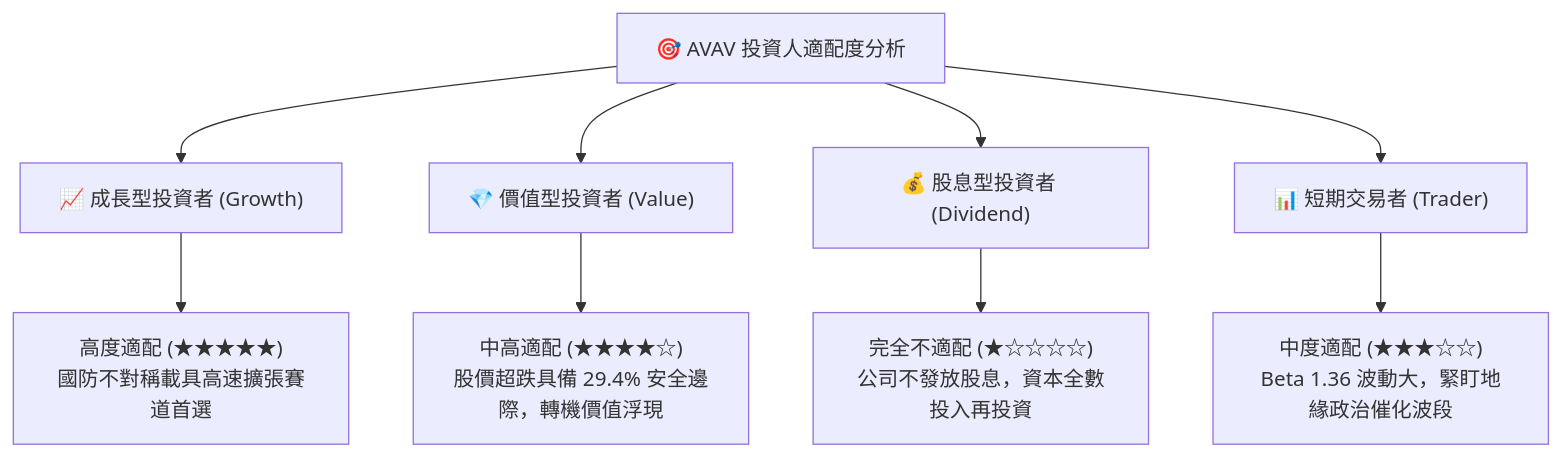
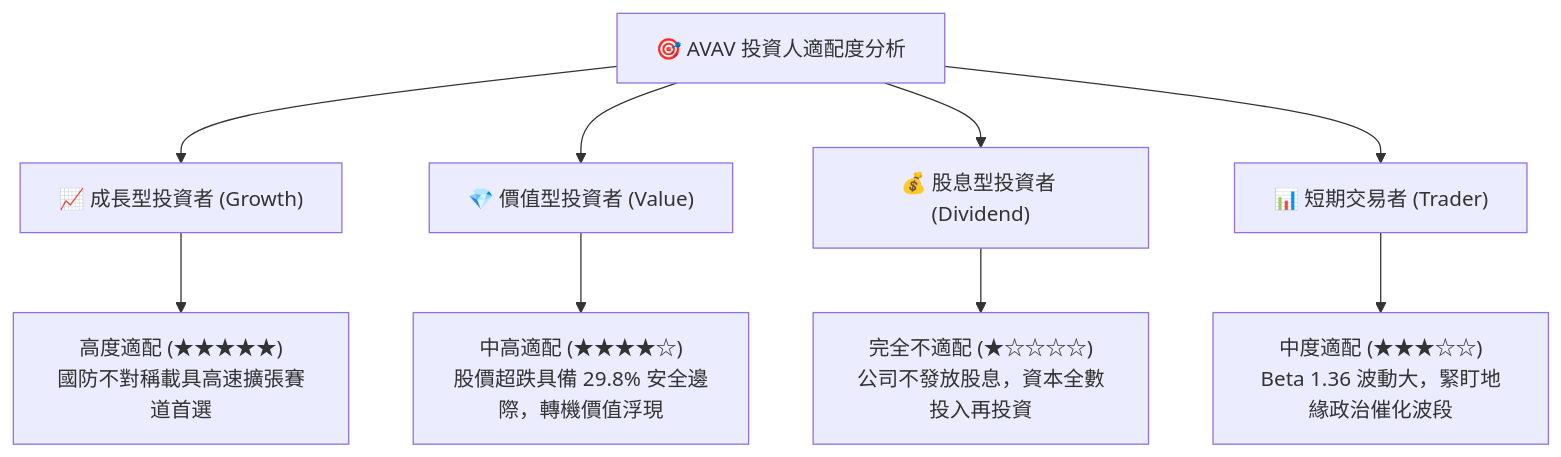
Before and after one commit to yennanliu/finance_data: diagram 15 of 15 in ai_gen_report/fundamental/avav/fundamental_analysis_2026-10-17_gemini.md, drawn with Mermaid. The commit also changed other lines of this file and 339 other files, not shown here.

````diff
--- a/ai_gen_report/fundamental/avav/fundamental_analysis_2026-10-17_gemini.md
+++ b/ai_gen_report/fundamental/avav/fundamental_analysis_2026-10-17_gemini.md
@@ -1117,14 +1132,14 @@
 ```mermaid
 graph TD
     INV["🎯 AVAV 投資人適配度分析"]
 
     INV --> G["📈 成長型投資者 (Growth)"]
     INV --> V["💎 價值型投資者 (Value)"]
     INV --> D["💰 股息型投資者 (Dividend)"]
     INV --> T["📊 短期交易者 (Trader)"]
 
     G --> G1["高度適配 (★★★★★)<br/>國防不對稱載具高速擴張賽道首選"]
-    V --> V1["中高適配 (★★★★☆)<br/>股價超跌具備 29.4% 安全邊際，轉機價值浮現"]
+    V --> V1["中高適配 (★★★★☆)<br/>股價超跌具備 29.8% 安全邊際，轉機價值浮現"]
     D --> D1["完全不適配 (★☆☆☆☆)<br/>公司不發放股息，資本全數投入再投資"]
     T --> T1["中度適配 (★★★☆☆)<br/>Beta 1.36 波動大，緊盯地緣政治催化波段"]
 ```
````
